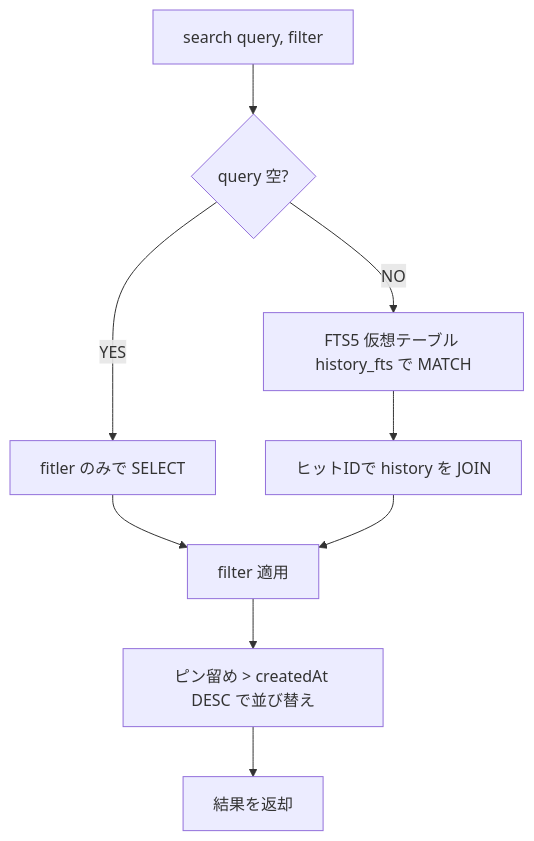
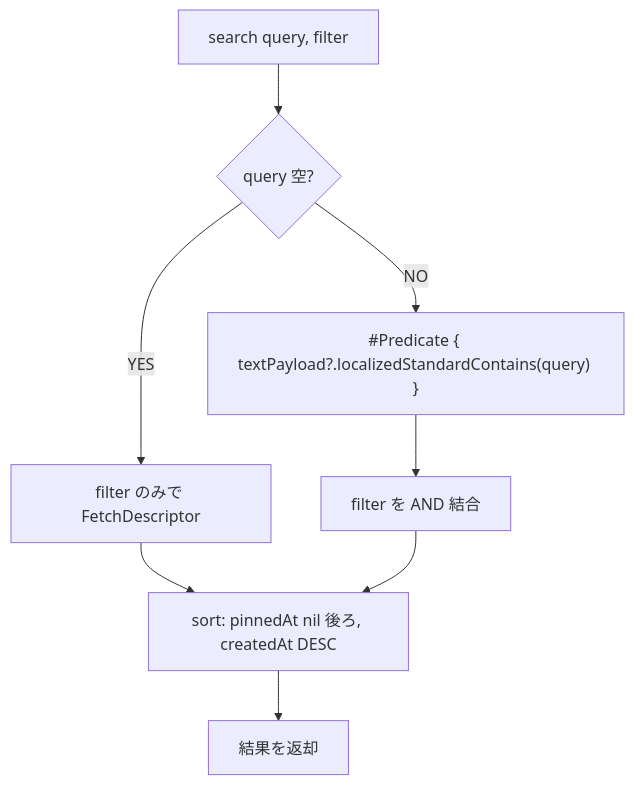
One commit to DIO0550/mac-clip-shelf changed the third of 4 diagrams in docs/clip-shelf/persistence-spec.md. Above: the diagram before and after it, drawn with Mermaid. The commit also changed other lines of this file and 7 other files, not shown here.

````diff
--- a/docs/clip-shelf/persistence-spec.md
+++ b/docs/clip-shelf/persistence-spec.md
@@ -154,11 +175,10 @@
 ```mermaid
 flowchart TD
     A[search query, filter] --> B{query 空?}
-    B -->|YES| C[fitler のみで SELECT]
-    B -->|NO| D[FTS5 仮想テーブル history_fts で MATCH]
-    D --> E[ヒットIDで history を JOIN]
-    C --> F[filter 適用]
+    B -->|YES| C[filter のみで FetchDescriptor]
+    B -->|NO| D["#Predicate { textPayload?.localizedStandardContains(query) }"]
+    D --> E[filter を AND 結合]
+    C --> F[sort: pinnedAt nil 後ろ, createdAt DESC]
     E --> F
-    F --> G[ピン留め > createdAt DESC で並び替え]
-    G --> Z[結果を返却]
+    F --> Z[結果を返却]
 ```
````
